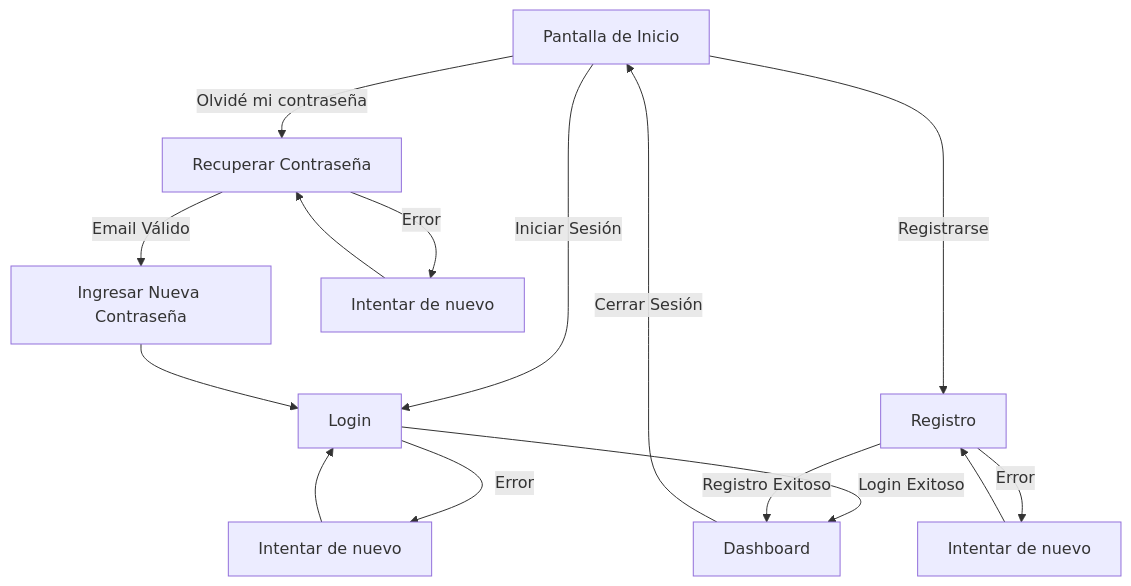
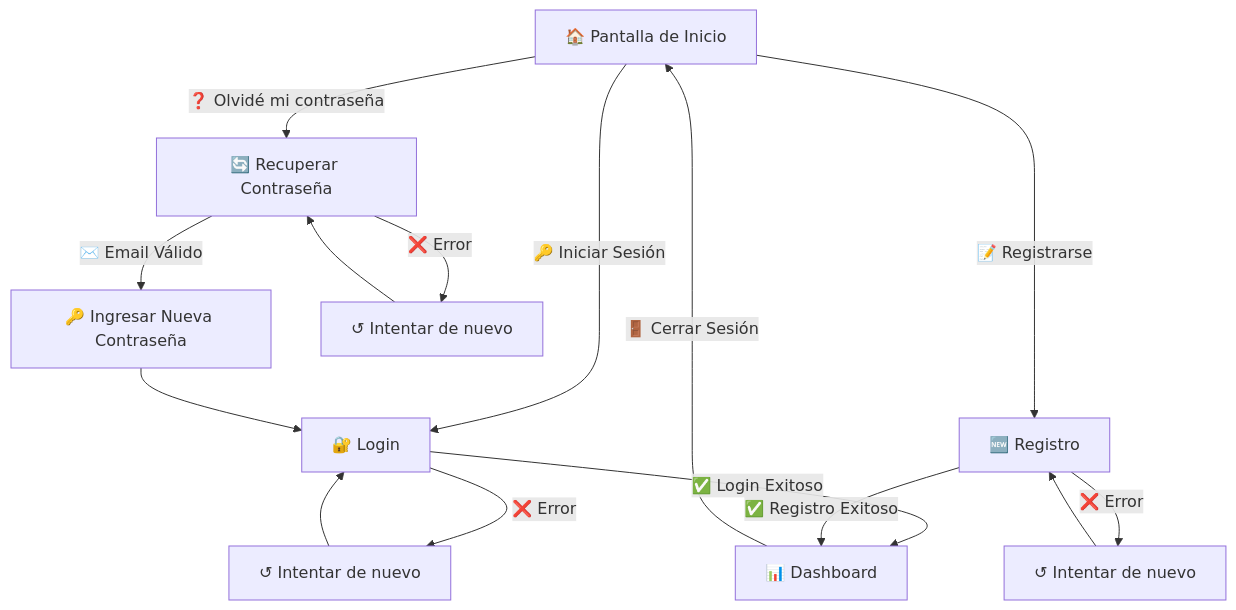
The diagram in charts/diagramaNavegacio.mmd (dmontes901/TapatApp), drawn with Mermaid before and after one commit.

```diff
--- a/charts/diagramaNavegacio.mmd
+++ b/charts/diagramaNavegacio.mmd
@@ -1,20 +1,20 @@
 flowchart TD;
     %% Inicio
-    A["Pantalla de Inicio"] -->|Iniciar Sesión| B["Login"];
-    A -->|Registrarse| C["Registro"];
-    A -->|Olvidé mi contraseña| D["Recuperar Contraseña"];
+    A["🏠 Pantalla de Inicio"] -->|🔑 Iniciar Sesión| B["🔐 Login"];
+    A -->|📝 Registrarse| C["🆕 Registro"];
+    A -->|❓ Olvidé mi contraseña| D["🔄 Recuperar Contraseña"];
 
     %% Inicio de Sesión
-    B -->|Login Exitoso| E["Dashboard"];
-    B -->|Error| B1["Intentar de nuevo"] --> B;
+    B -->|✅ Login Exitoso| E["📊 Dashboard"];
+    B -->|❌ Error| B1["↺ Intentar de nuevo"] --> B;
 
     %% Registro
-    C -->|Registro Exitoso| E;
-    C -->|Error| C1["Intentar de nuevo"] --> C;
+    C -->|✅ Registro Exitoso| E;
+    C -->|❌ Error| C1["↺ Intentar de nuevo"] --> C;
 
     %% Recuperación de Contraseña
-    D -->|Email Válido| D1["Ingresar Nueva Contraseña"] --> B;
-    D -->|Error| D2["Intentar de nuevo"] --> D;
+    D -->|✉️ Email Válido| D1["🔑 Ingresar Nueva Contraseña"] --> B;
+    D -->|❌ Error| D2["↺ Intentar de nuevo"] --> D;
 
     %% Navegación
-    E -->|Cerrar Sesión| A;
+    E -->|🚪 Cerrar Sesión| A;
```
